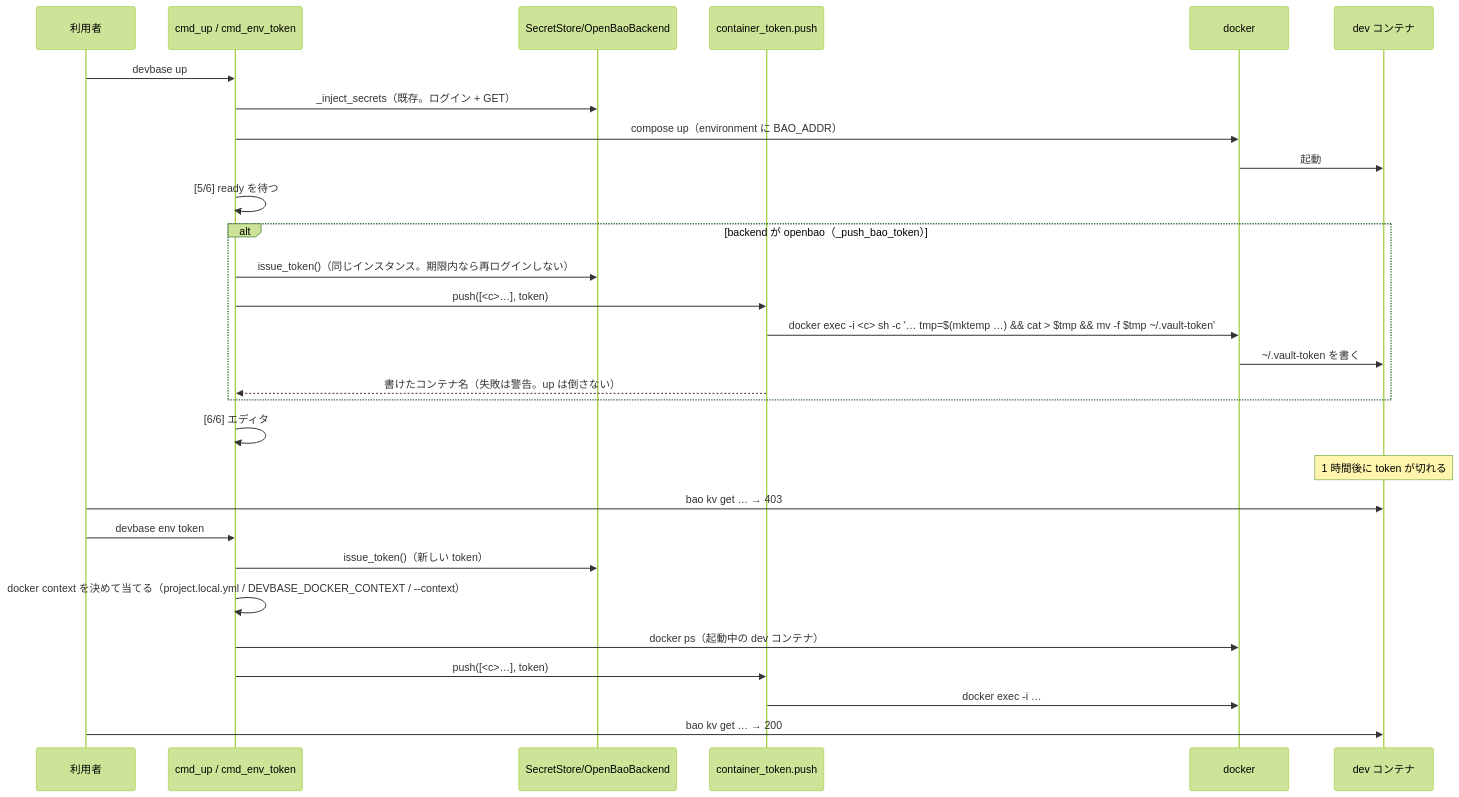
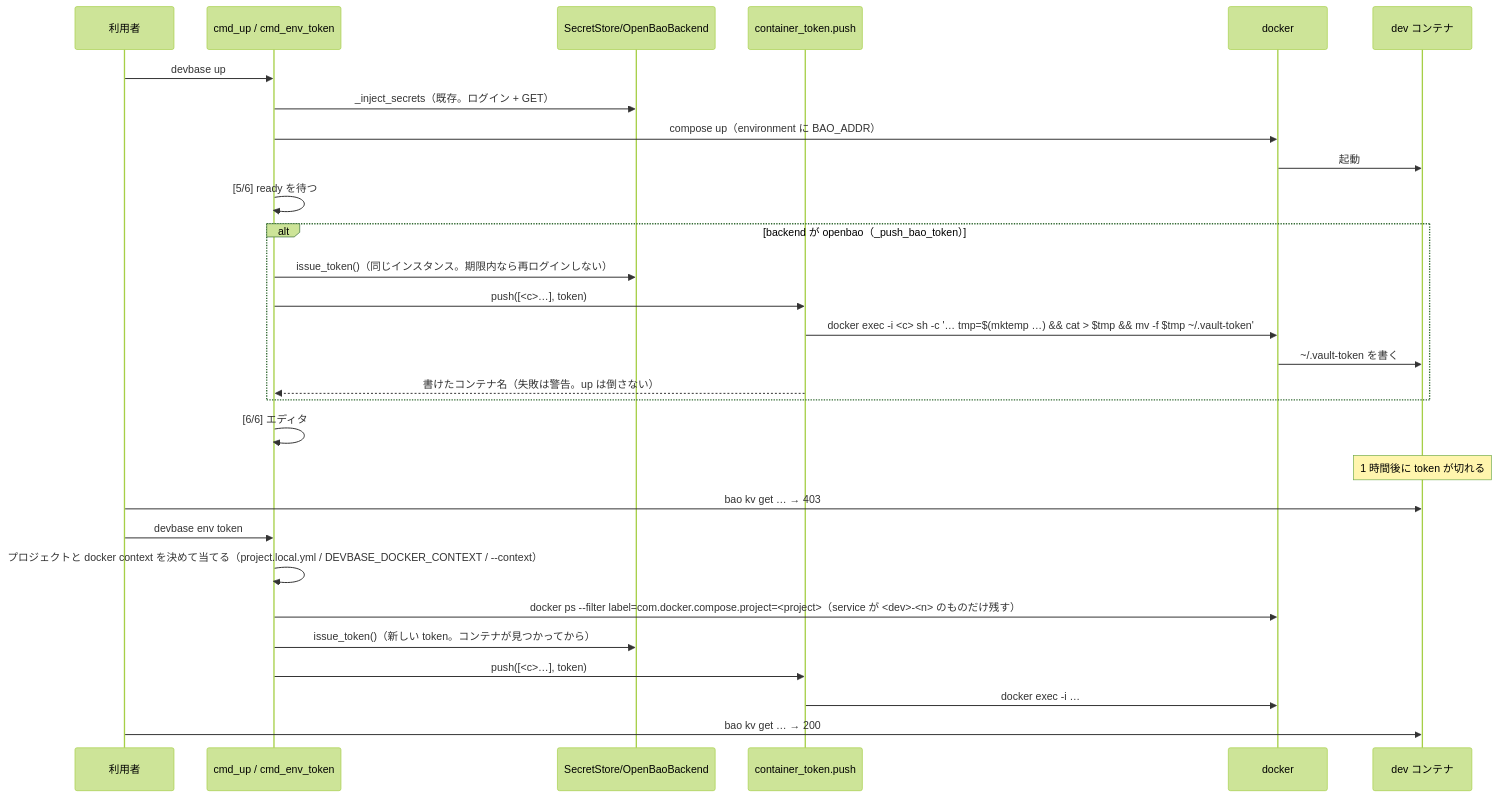
Before and after one commit to devbasex/devbase: the third of 3 diagrams in issues/PLAN54_bao-in-container-design.md, drawn with Mermaid (forest theme). The commit also changed other lines of this file, not shown here.

First line of the commit message:
docs(PLAN54): round 3 のレビュー指摘に対応（env token の処理の順、dev コンテナの絞り込み）

````diff
--- a/issues/PLAN54_bao-in-container-design.md
+++ b/issues/PLAN54_bao-in-container-design.md
@@ -200,31 +219,31 @@
 ```mermaid
 sequenceDiagram
     participant U as 利用者
     participant UP as cmd_up / cmd_env_token
     participant ST as SecretStore/OpenBaoBackend
     participant P as container_token.push
     participant D as docker
     participant C as dev コンテナ
     U->>UP: devbase up
     UP->>ST: _inject_secrets（既存。ログイン + GET）
     UP->>D: compose up（environment に BAO_ADDR）
     D->>C: 起動
     UP->>UP: [5/6] ready を待つ
     alt backend が openbao（_push_bao_token）
         UP->>ST: issue_token()（同じインスタンス。期限内なら再ログインしない）
         UP->>P: push([<c>…], token)
         P->>D: docker exec -i <c> sh -c '… tmp=$(mktemp …) && cat > $tmp && mv -f $tmp ~/.vault-token'
         D->>C: ~/.vault-token を書く
         P-->>UP: 書けたコンテナ名（失敗は警告。up は倒さない）
     end
     UP->>UP: [6/6] エディタ
     Note over C: 1 時間後に token が切れる
     U->>C: bao kv get … → 403
     U->>UP: devbase env token
-    UP->>ST: issue_token()（新しい token）
-    UP->>UP: docker context を決めて当てる（project.local.yml / DEVBASE_DOCKER_CONTEXT / --context）
-    UP->>D: docker ps（起動中の dev コンテナ）
+    UP->>UP: プロジェクトと docker context を決めて当てる（project.local.yml / DEVBASE_DOCKER_CONTEXT / --context）
+    UP->>D: docker ps --filter label=com.docker.compose.project=<project>（service が <dev>-<n> のものだけ残す）
+    UP->>ST: issue_token()（新しい token。コンテナが見つかってから）
     UP->>P: push([<c>…], token)
     P->>D: docker exec -i …
     U->>C: bao kv get … → 200
 ```
````
